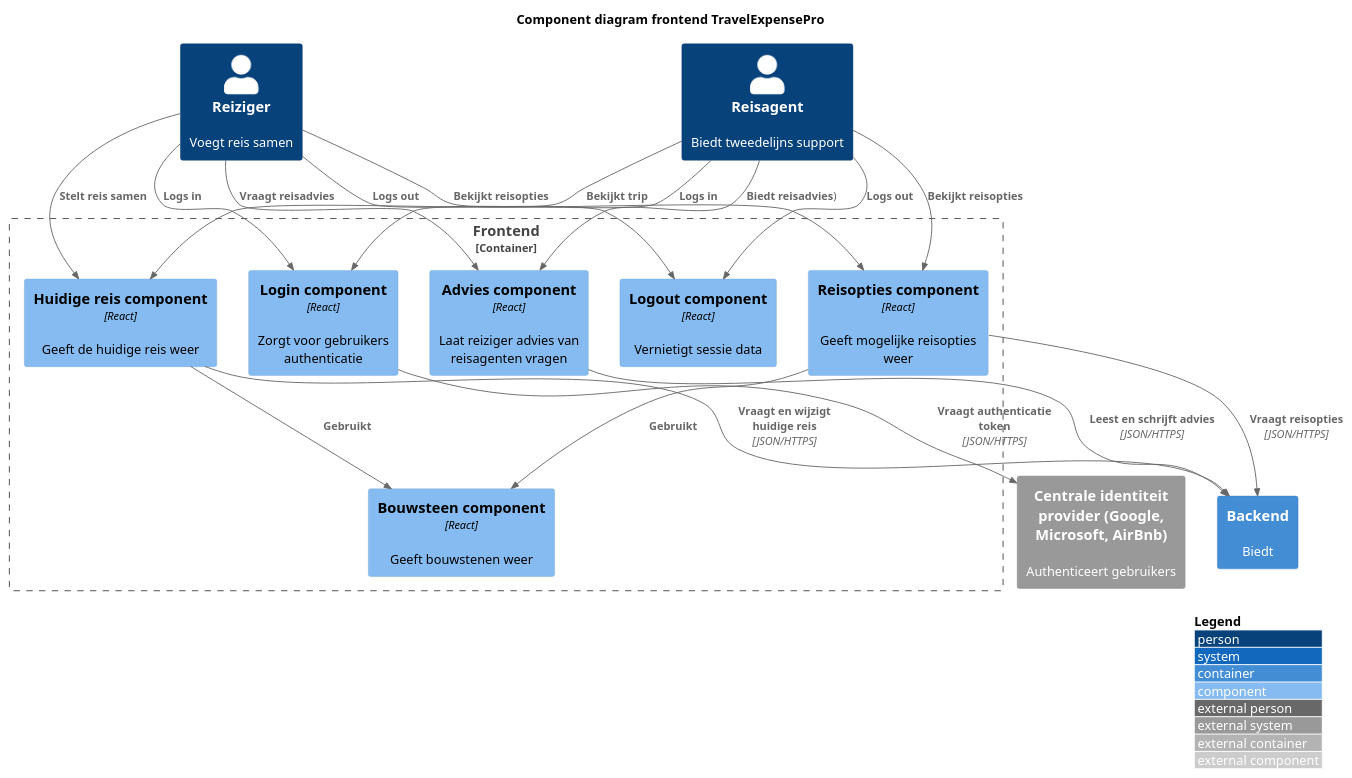
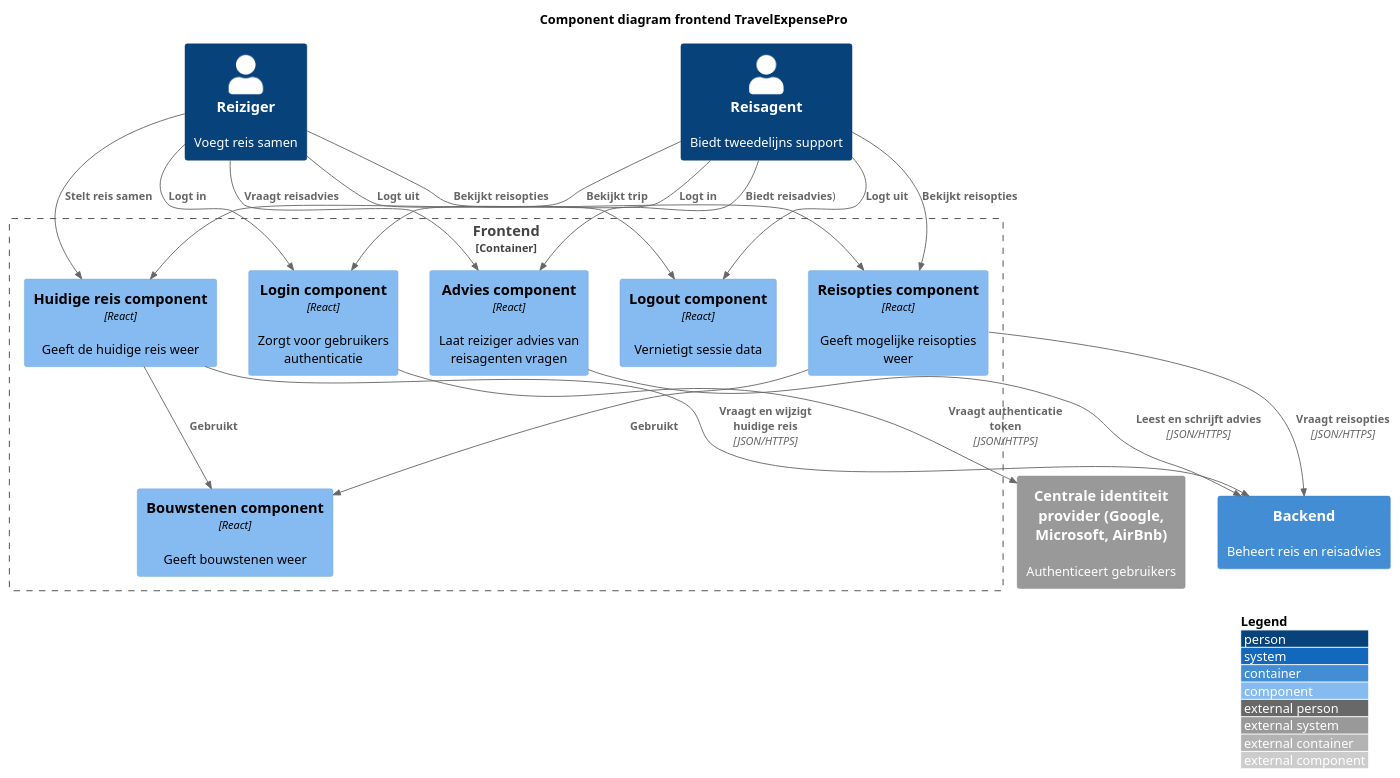
Before and after one commit to AIM-ENE-feb25/triptop-groep-tweeeeeeeeeeeeeeeeeeeeee: the diagram in c4 component diagram frontend.puml, drawn with PlantUML. The commit also changed 4 other files, not shown here.

Commit message:
c4 code diagram + nieuwe adr

```diff
--- a/c4 component diagram frontend.puml
+++ b/c4 component diagram frontend.puml
@@ -1,44 +1,44 @@
 @startuml
 !include https://raw.githubusercontent.com/plantuml-stdlib/C4-PlantUML/master/C4_Component.puml
 
 title Component diagram frontend TravelExpensePro
 
 Person(reisagent, "Reisagent", "Biedt tweedelijns support")
 Person(reiziger, "Reiziger", "Voegt reis samen")
 
 Container_Boundary(frontend, "Frontend") {
     Component(loginComponent, "Login component", "React", "Zorgt voor gebruikers authenticatie")
     Component(logoutComponent, "Logout component", "React", "Vernietigt sessie data")
     Component(adviesComponent, "Advies component", "React", "Laat reiziger advies van reisagenten vragen")
     Component(huidigeReisComponent, "Huidige reis component", "React", "Geeft de huidige reis weer")
     Component(reisoptiesComponent, "Reisopties component", "React", "Geeft mogelijke reisopties weer")
-    Component(bouwsteenComponent, "Bouwsteen component", "React", "Geeft bouwstenen weer")
+    Component(bouwstenenComponent, "Bouwstenen component", "React", "Geeft bouwstenen weer")
 }
 
-Rel_D(huidigeReisComponent, bouwsteenComponent, "Gebruikt")
-Rel_D(reisoptiesComponent, bouwsteenComponent, "Gebruikt")
+Rel_D(huidigeReisComponent, bouwstenenComponent, "Gebruikt")
+Rel_D(reisoptiesComponent, bouwstenenComponent, "Gebruikt")
 
-Container(backend, "Backend", "", "Biedt")
+Container(backend, "Backend", "", "Beheert reis en reisadvies")
 
 System_Ext(centraleIdentiteitProvider, "Centrale identiteit provider (Google, Microsoft, AirBnb)", "Authenticeert gebruikers")
 
-Rel_D(reiziger, loginComponent, "Logs in")
-Rel_D(reisagent, loginComponent, "Logs in")
+Rel_D(reiziger, loginComponent, "Logt in")
+Rel_D(reisagent, loginComponent, "Logt in")
 
-Rel_D(reiziger, logoutComponent, "Logs out")
-Rel_D(reisagent, logoutComponent, "Logs out")
+Rel_D(reiziger, logoutComponent, "Logt uit")
+Rel_D(reisagent, logoutComponent, "Logt uit")
 Rel_D(reiziger, adviesComponent, "Vraagt reisadvies")
 Rel_D(reisagent, adviesComponent, "Biedt reisadvies"))
 Rel_D(reiziger, huidigeReisComponent, "Stelt reis samen")
 Rel_D(reisagent, huidigeReisComponent, "Bekijkt trip")
 Rel_D(reiziger, reisoptiesComponent, "Bekijkt reisopties")
 Rel_D(reisagent, reisoptiesComponent, "Bekijkt reisopties")
 
 Rel_D(loginComponent, centraleIdentiteitProvider, "Vraagt authenticatie token", "JSON/HTTPS")
 Rel_D(adviesComponent, backend, "Leest en schrijft advies", "JSON/HTTPS")
 Rel_D(huidigeReisComponent, backend, "Vraagt en wijzigt huidige reis", "JSON/HTTPS")
 Rel_D(reisoptiesComponent, backend, "Vraagt reisopties", "JSON/HTTPS")
 
 LAYOUT_WITH_LEGEND()
 
 @enduml
```
